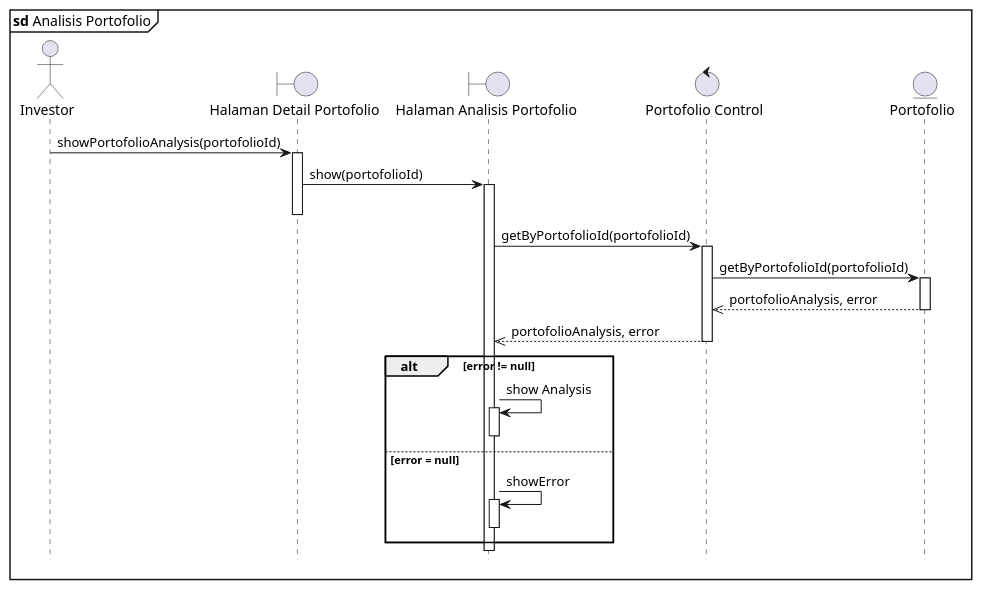
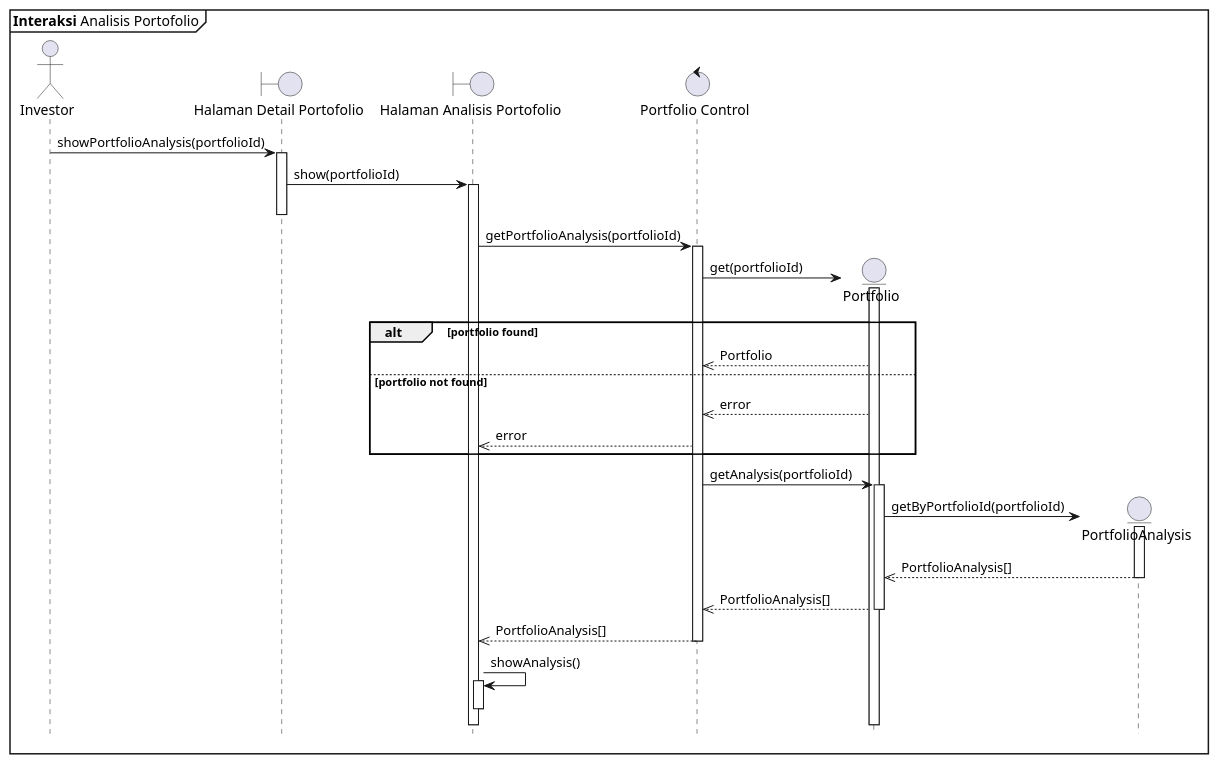
The diagram in sequence/analisis-portofolio.puml (clarestarahma/manajemen-investasi), drawn with PlantUML before and after one commit. The commit also changed 18 other files, not shown here.

Commit message:
merubah sebagian besar sequence diagram

```diff
--- a/sequence/analisis-portofolio.puml
+++ b/sequence/analisis-portofolio.puml
@@ -1,36 +1,56 @@
 @startuml Sequence
 
 hide footbox
-autoactivate on
 
-mainframe **sd** Analisis Portofolio
+mainframe **Interaksi** Analisis Portofolio
 
 actor Investor as I
-boundary "Halaman Detail Portofolio" as HDP
-boundary "Halaman Analisis Portofolio" as HAP
-control "Portofolio Control" as PC
-entity "Portofolio" as P
+boundary "Halaman Detail Portofolio" as PDP
+boundary "Halaman Analisis Portofolio" as PAP
+control "Portfolio Control" as PC
+entity "Portfolio" as P
+entity "PortfolioAnalysis" as PA
 
-I -> HDP : showPortofolioAnalysis(portofolioId)
+' User initiates analysis from detail page
+I -> PDP : showPortfolioAnalysis(portfolioId)
+activate PDP
 
-HDP -> HAP : show(portofolioId)
+PDP -> PAP : show(portfolioId)
+activate PAP
+deactivate PDP
 
-deactivate HDP
+' Control layer retrieves portfolio data
+PAP -> PC : getPortfolioAnalysis(portfolioId)
+activate PC
 
-HAP -> PC : getByPortofolioId(portofolioId)
+PC -> P ** : get(portfolioId)
+activate P
 
-PC -> P : getByPortofolioId(portofolioId)
-
-P -->> PC : portofolioAnalysis, error
-
-PC -->> HAP : portofolioAnalysis, error
-
-alt error != null
-  HAP -> HAP : show Analysis
-  deactivate HAP
-else error = null
-  HAP -> HAP : showError
-  deactivate HAP
+alt portfolio found
+  P -->> PC : Portfolio
+else portfolio not found
+  P -->> PC : error
+  PC -->> PAP : error
 end
 
+' Retrieve analysis data if portfolio retrieval succeeded
+PC -> P : getAnalysis(portfolioId)
+activate P
+
+P -> PA  ** : getByPortfolioId(portfolioId)
+activate PA
+
+PA -->> P : PortfolioAnalysis[]
+deactivate PA
+
+P -->> PC : PortfolioAnalysis[]
+deactivate P
+
+PC -->> PAP : PortfolioAnalysis[]
+deactivate PC
+
+PAP -> PAP : showAnalysis()
+activate PAP
+deactivate PAP
+
 @enduml
```
